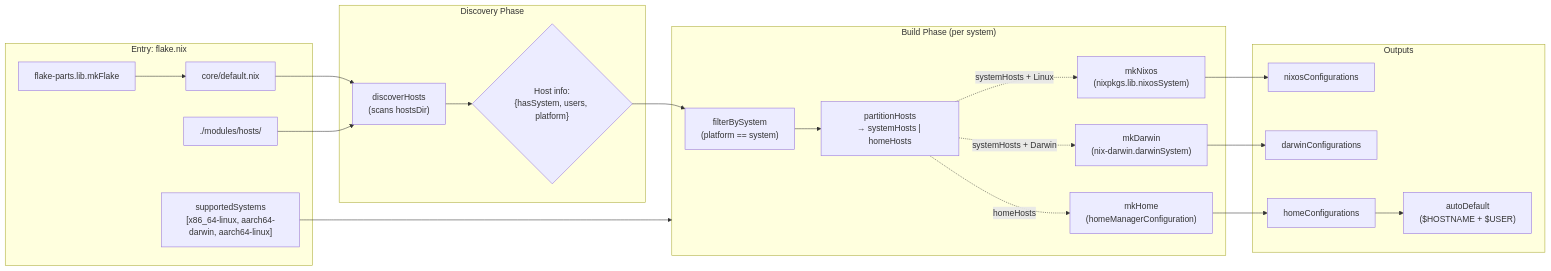
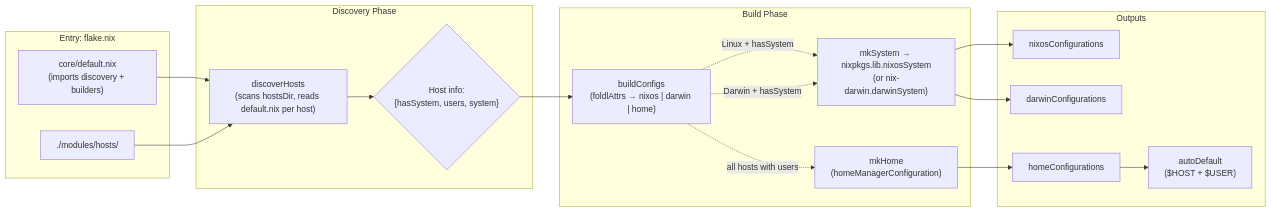
One commit to WombatFromHell/automatic-palm-tree changed the second of 6 diagrams in DESIGN.md. Above: the diagram before and after it, drawn with Mermaid. The commit also changed other lines of this file and 14 other files, not shown here.

````diff
--- a/DESIGN.md
+++ b/DESIGN.md
@@ -63,48 +63,41 @@
 ```mermaid
 flowchart LR
     subgraph E ["Entry: flake.nix"]
-        fp["flake-parts.lib.mkFlake"]
-        core["core/default.nix"]
+        core["core/default.nix\n(imports discovery + builders)"]
         hostsDir["./modules/hosts/"]
-        ss["supportedSystems\n[x86_64-linux, aarch64-darwin, aarch64-linux]"]
     end
 
     subgraph D ["Discovery Phase"]
-        disc["discoverHosts\n(scans hostsDir)"]
-        hInfo{"Host info:\n{hasSystem, users, platform}"}
+        disc["discoverHosts\n(scans hostsDir, reads default.nix per host)"]
+        hInfo{"Host info:\n{hasSystem, users, system}"}
     end
 
-    subgraph B ["Build Phase (per system)"]
-        filter["filterBySystem\n(platform == system)"]
-        partition["partitionHosts\n→ systemHosts | homeHosts"]
-        mkNixos["mkNixos\n(nixpkgs.lib.nixosSystem)"]
-        mkDarwin["mkDarwin\n(nix-darwin.darwinSystem)"]
+    subgraph B ["Build Phase"]
+        buildConfigs["buildConfigs\n(foldlAttrs → nixos | darwin | home)"]
+        mkNixos["mkSystem → nixpkgs.lib.nixosSystem\n(or nix-darwin.darwinSystem)"]
         mkHome["mkHome\n(homeManagerConfiguration)"]
     end
 
     subgraph O ["Outputs"]
         nixosOut["nixosConfigurations"]
         darwinOut["darwinConfigurations"]
         homeOut["homeConfigurations"]
-        autoDef["autoDefault\n($HOSTNAME + $USER)"]
+        autoDef["autoDefault\n($HOST + $USER)"]
     end
 
-    fp --> core
     core --> disc
     hostsDir --> disc
-    ss --> B
 
     disc --> hInfo
-    hInfo --> filter
-    filter --> partition
+    hInfo --> buildConfigs
 
-    partition -.->|systemHosts + Linux| mkNixos
-    partition -.->|systemHosts + Darwin| mkDarwin
-    partition -.->|homeHosts| mkHome
+    buildConfigs -.->|Linux + hasSystem| mkNixos
+    buildConfigs -.->|Darwin + hasSystem| mkNixos
+    buildConfigs -.->|all hosts with users| mkHome
 
     mkNixos --> nixosOut
-    mkDarwin --> darwinOut
+    mkNixos --> darwinOut
     mkHome --> homeOut
 
     homeOut --> autoDef
 ```
````
